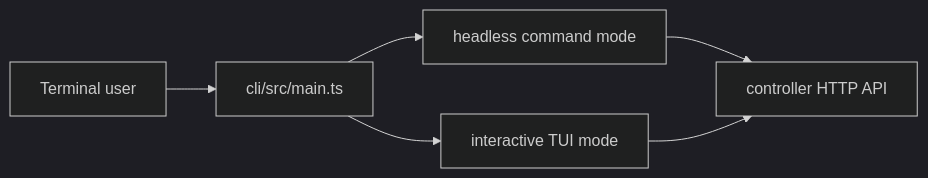
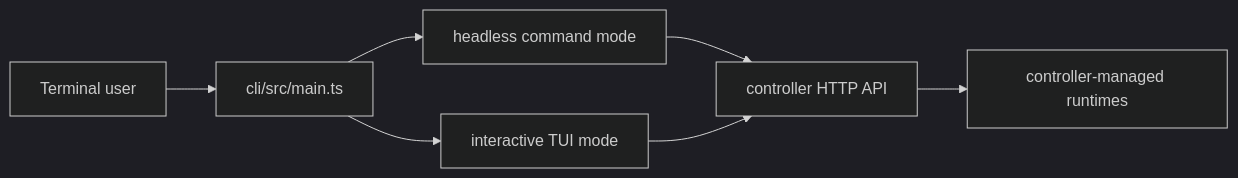
Before and after one commit to 0xSero/vllm-studio: the diagram in cli/README.md, drawn with Mermaid (dark theme). The commit also changed other lines of this file and 7 other files, not shown here.

````diff
--- a/cli/README.md
+++ b/cli/README.md
@@ -20,8 +21,9 @@
 ```mermaid
 flowchart LR
     User["Terminal user"] --> CLI["cli/src/main.ts"]
     CLI --> Headless["headless command mode"]
     CLI --> TUI["interactive TUI mode"]
     Headless --> API["controller HTTP API"]
     TUI --> API
+    API --> Runtime["controller-managed runtimes"]
 ```
````
